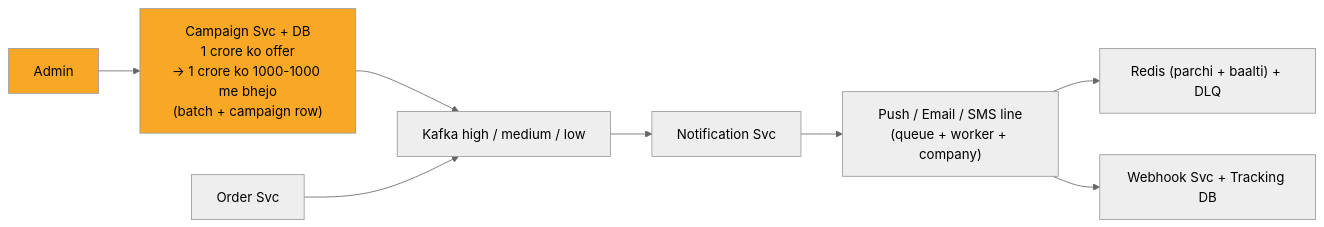
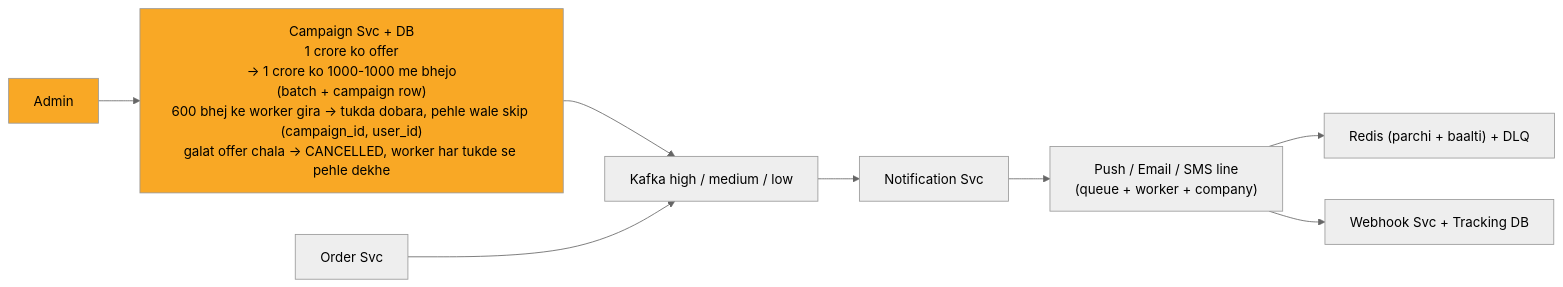
Diagram 11 of 13 in 04_HLD/SYSTEM_DESIGNS/04_notification_system/04_notification_system.md (ArpanMaheshwari144/Prep), drawn with Mermaid (neutral theme) before and after one commit. The commit also changed other lines of this file and 12 other files, not shown here.

Commit message:
hld 02-14: peele dabbe me SAFAR ke mod + diagram chauda (wrappingWidth 450)

````diff
--- a/04_HLD/SYSTEM_DESIGNS/04_notification_system/04_notification_system.md
+++ b/04_HLD/SYSTEM_DESIGNS/04_notification_system/04_notification_system.md
@@ -433,20 +443,21 @@
 ```mermaid
+%%{init: {"flowchart": {"wrappingWidth": 450}}}%%
 flowchart LR
     n_Admin["Admin"]
-    n_CAMP["Campaign Svc + DB<br/>1 crore ko offer<br/>-> 1 crore ko 1000-1000 me bhejo<br/>(batch + campaign row)"]
+    n_CAMP["Campaign Svc + DB<br/>1 crore ko offer<br/>-> 1 crore ko 1000-1000 me bhejo<br/>(batch + campaign row)<br/>600 bhej ke worker gira -> tukda dobara, pehle wale skip (campaign_id, user_id)<br/>galat offer chala -> CANCELLED, worker har tukde se pehle dekhe"]
     n_Order_Svc["Order Svc"]
     n_Kafka["Kafka high / medium / low"]
     n_Notification_Svc["Notification Svc"]
     n_LINES["Push / Email / SMS line<br/>(queue + worker + company)"]
     n_RDLQ["Redis (parchi + baalti) + DLQ"]
     n_WH["Webhook Svc + Tracking DB"]
     n_Admin --> n_CAMP
     n_CAMP --> n_Kafka
     n_Order_Svc --> n_Kafka
     n_Kafka --> n_Notification_Svc
     n_Notification_Svc --> n_LINES
     n_LINES --> n_RDLQ
     n_LINES --> n_WH
     style n_Admin fill:#f9a825,color:#000
     style n_CAMP fill:#f9a825,color:#000
 ```
````
